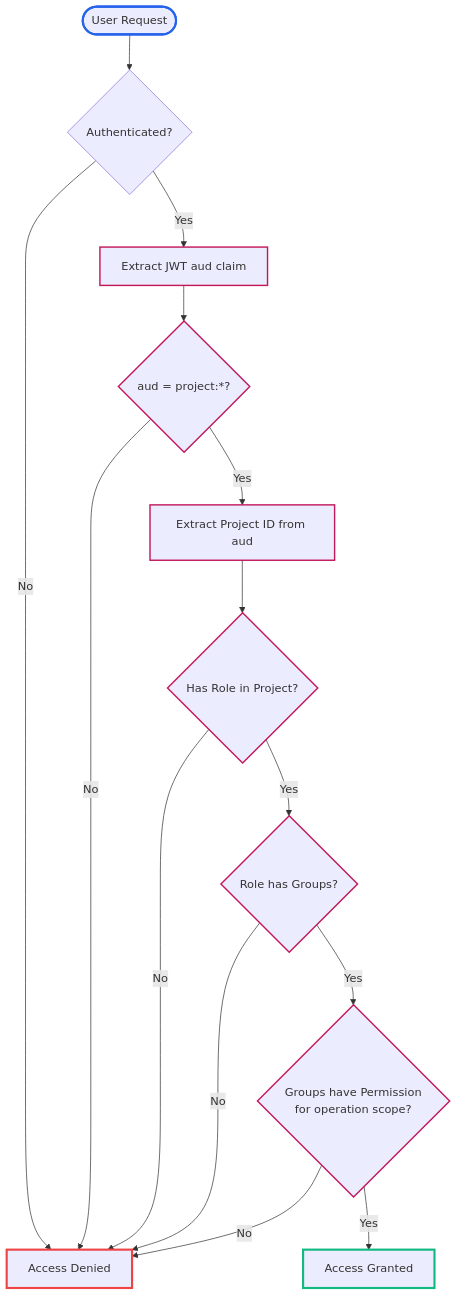
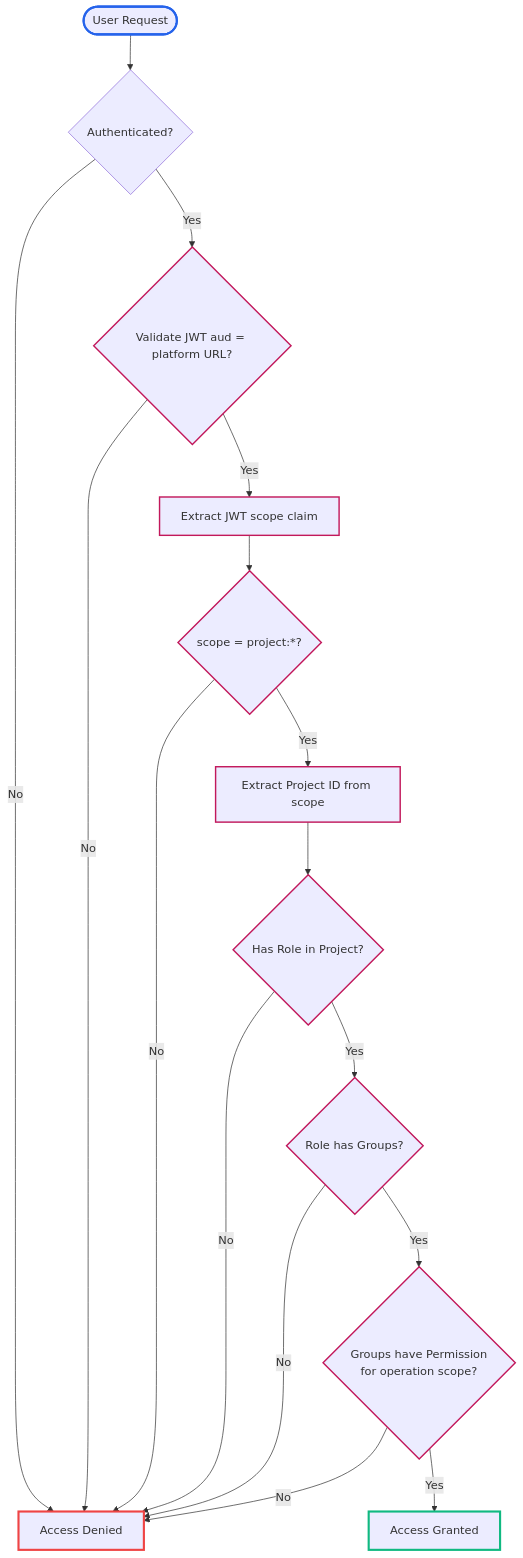
Before and after one commit to grant-js/grant: diagram 11 of 12 in docs/architecture/data-model.md, drawn with Mermaid. The commit also changed other lines of this file and 1791 other files, not shown here.

````diff
--- a/docs/architecture/data-model.md
+++ b/docs/architecture/data-model.md
@@ -247,26 +266,29 @@
 ```mermaid
 flowchart TD
     Start([User Request]) --> Auth{Authenticated?}
     Auth -->|No| Deny[Access Denied]
-    Auth -->|Yes| ExtractAud[Extract JWT aud claim]
-    ExtractAud --> CheckAudType{aud = project:*?}
-    CheckAudType -->|No| Deny
-    CheckAudType -->|Yes| ExtractProjectId[Extract Project ID from aud]
+    Auth -->|Yes| ValidateAud{Validate JWT aud = platform URL?}
+    ValidateAud -->|No| Deny
+    ValidateAud -->|Yes| ExtractScope[Extract JWT scope claim]
+    ExtractScope --> CheckScopeType{scope = project:*?}
+    CheckScopeType -->|No| Deny
+    CheckScopeType -->|Yes| ExtractProjectId[Extract Project ID from scope]
     ExtractProjectId --> CheckProjectRole{Has Role in Project?}
     CheckProjectRole -->|No| Deny
     CheckProjectRole -->|Yes| CheckProjectGroup{Role has Groups?}
     CheckProjectGroup -->|No| Deny
     CheckProjectGroup -->|Yes| CheckProjectPerm{Groups have Permission<br/>for operation scope?}
     CheckProjectPerm -->|No| Deny
     CheckProjectPerm -->|Yes| Allow[Access Granted]
 
     style Start stroke:#2563eb,stroke-width:3px
     style Allow stroke:#10b981,stroke-width:3px
     style Deny stroke:#ef4444,stroke-width:3px
-    style ExtractAud stroke:#c2185b,stroke-width:2px
-    style CheckAudType stroke:#c2185b,stroke-width:2px
+    style ValidateAud stroke:#c2185b,stroke-width:2px
+    style ExtractScope stroke:#c2185b,stroke-width:2px
+    style CheckScopeType stroke:#c2185b,stroke-width:2px
     style ExtractProjectId stroke:#c2185b,stroke-width:2px
     style CheckProjectRole stroke:#c2185b,stroke-width:2px
     style CheckProjectGroup stroke:#c2185b,stroke-width:2px
     style CheckProjectPerm stroke:#c2185b,stroke-width:2px
 ```
````
